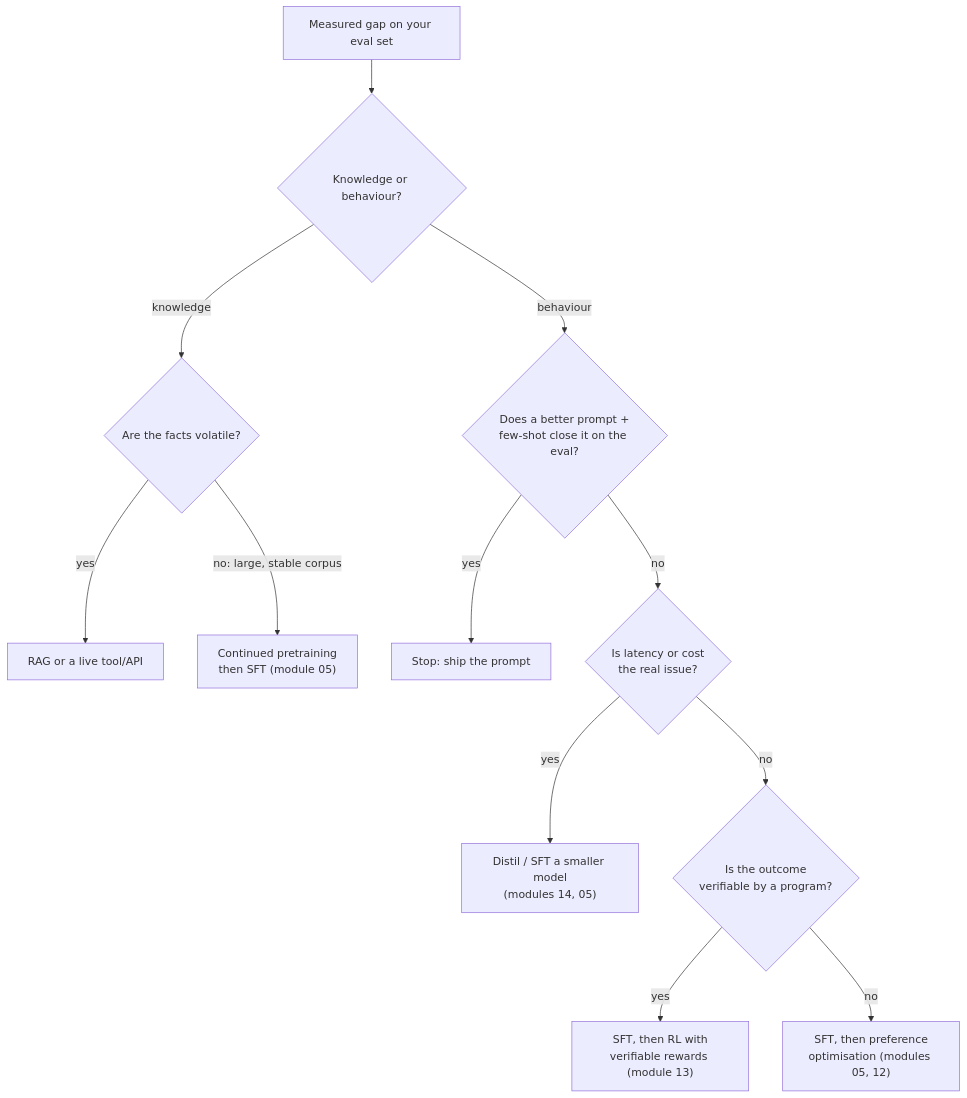
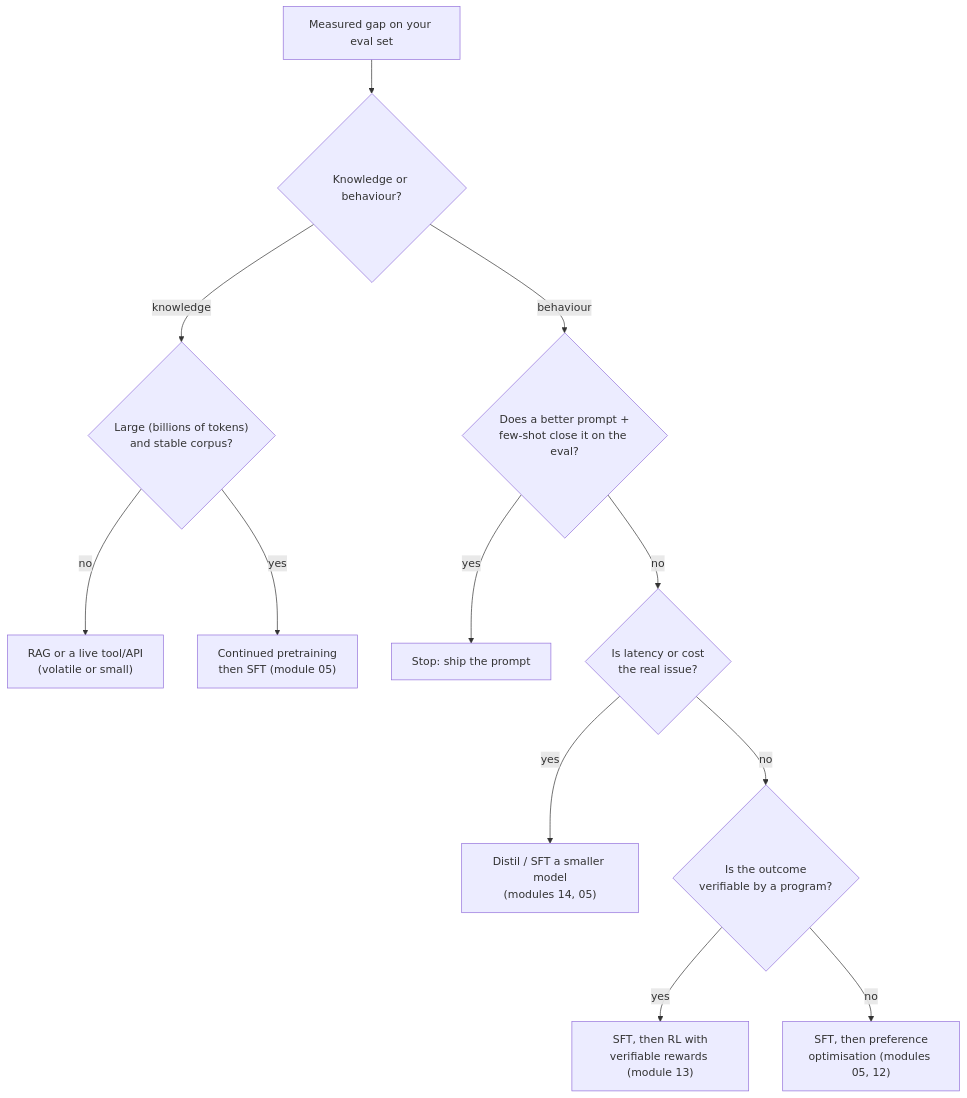
Before and after one commit to alliedbrother/ml-interview-notes: the second of 2 diagrams in content/courses/finetuning/01-when-to-fine-tune.md, drawn with Mermaid. The commit also changed other lines of this file and 47 other files, not shown here.

````diff
--- a/content/courses/finetuning/01-when-to-fine-tune.md
+++ b/content/courses/finetuning/01-when-to-fine-tune.md
@@ -225,14 +219,14 @@
 ```mermaid
 flowchart TD
     G["Measured gap on your eval set"] --> Q1{"Knowledge or behaviour?"}
-    Q1 -->|knowledge| Q2{"Are the facts volatile?"}
-    Q2 -->|yes| RAG["RAG or a live tool/API"]
-    Q2 -->|"no: large, stable corpus"| CPT["Continued pretraining<br/>then SFT (module 05)"]
+    Q1 -->|knowledge| Q2{"Large (billions of tokens)<br/>and stable corpus?"}
+    Q2 -->|no| RAG["RAG or a live tool/API<br/>(volatile or small)"]
+    Q2 -->|yes| CPT["Continued pretraining<br/>then SFT (module 05)"]
     Q1 -->|behaviour| Q3{"Does a better prompt +<br/>few-shot close it on the eval?"}
     Q3 -->|yes| STOP["Stop: ship the prompt"]
     Q3 -->|no| Q4{"Is latency or cost<br/>the real issue?"}
     Q4 -->|yes| DIS["Distil / SFT a smaller model<br/>(modules 14, 05)"]
     Q4 -->|no| Q5{"Is the outcome<br/>verifiable by a program?"}
     Q5 -->|yes| RLV["SFT, then RL with<br/>verifiable rewards (module 13)"]
     Q5 -->|no| SFTP["SFT, then preference<br/>optimisation (modules 05, 12)"]
 ```
````
